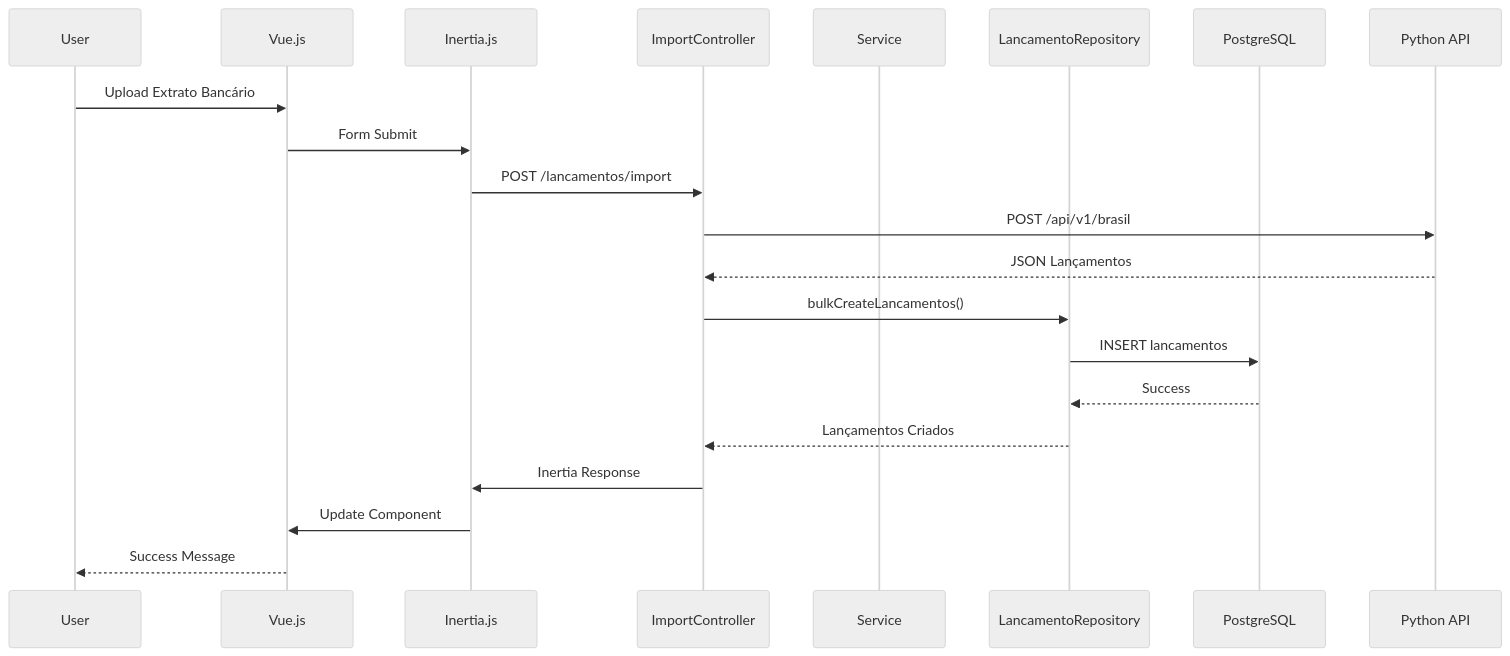
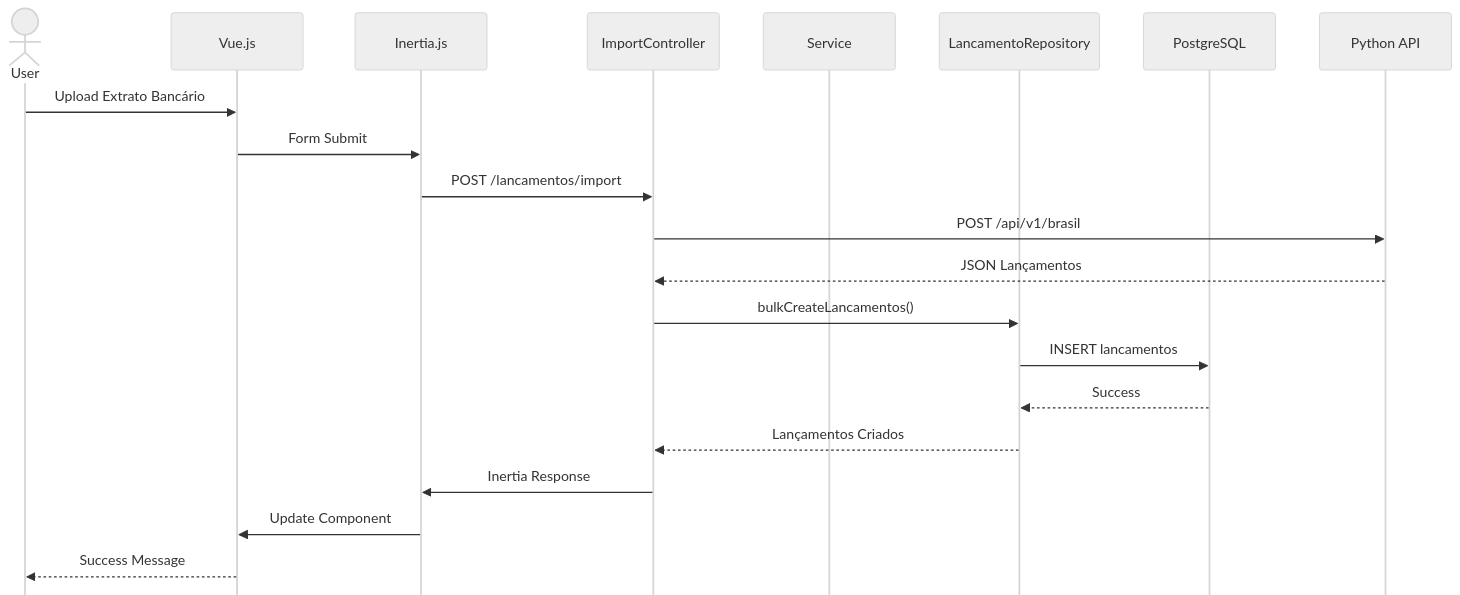
Before and after one commit to GrupoMyWallet/my-wallet-app: the second of 3 diagrams in docs/doc _arquitetura.md, drawn with Mermaid (neutral theme).

Commit message:
Update doc _arquitetura.md
mudando fluxo de dados

````diff
--- a/docs/doc _arquitetura.md
+++ b/docs/doc _arquitetura.md
@@ -547,24 +547,25 @@
 ```mermaid
+%%{init: { 'sequence': {'mirrorActors':false} } }%%
 sequenceDiagram
-    participant U as User
+    actor U as User
     participant V as Vue.js
     participant I as Inertia.js
     participant C as ImportController
     participant S as Service
     participant R as LancamentoRepository
     participant DB as PostgreSQL
     participant API as Python API
     
     U->>V: Upload Extrato Bancário
     V->>I: Form Submit
     I->>C: POST /lancamentos/import
     C->>API: POST /api/v1/brasil
     API-->>C: JSON Lançamentos
     C->>R: bulkCreateLancamentos()
     R->>DB: INSERT lancamentos
     DB-->>R: Success
     R-->>C: Lançamentos Criados
     C->>I: Inertia Response
     I->>V: Update Component
     V-->>U: Success Message
 ```
````
